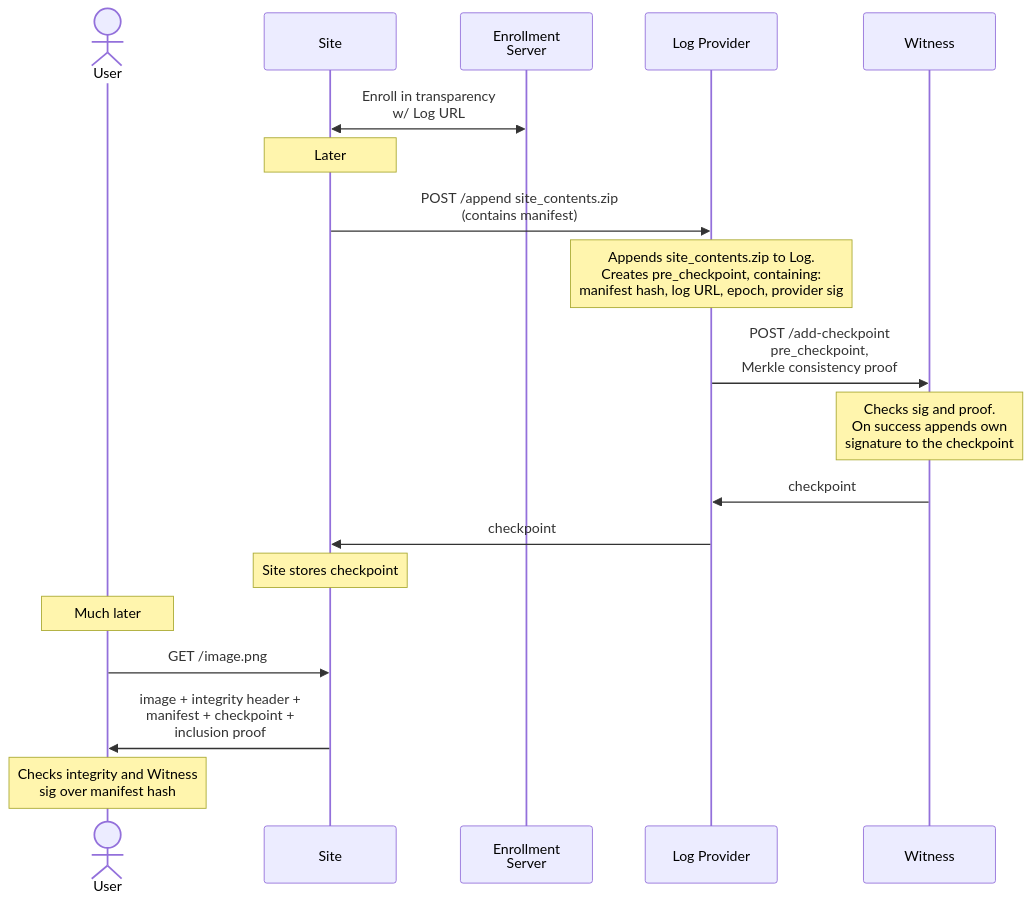
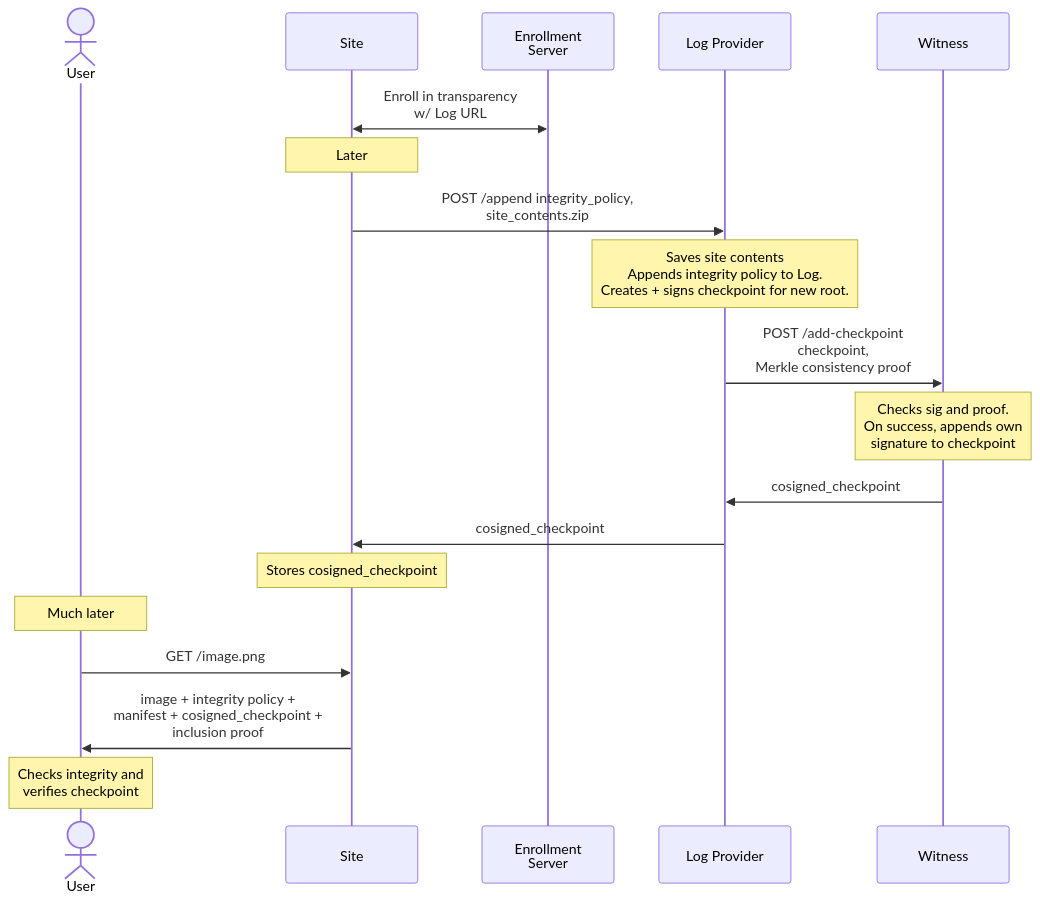
The diagram in draft-waict-transparency.md (rozbb/draft-waict-transparency), drawn with Mermaid before and after one commit. The commit also changed other lines of this file, not shown here.

Commit message:
Made a leaf of the Log tree an integrity policy rather than a manifest/manifest hash

````diff
--- a/draft-waict-transparency.md
+++ b/draft-waict-transparency.md
@@ -27,21 +27,21 @@
 ```mermaid
 sequenceDiagram
   actor U as User
   participant S as Site
   participant E as Enrollment<br/>Server
   participant L as Log Provider
   participant W as Witness
   S<<->>E: Enroll in transparency <br/> w/ Log URL
   note over S: Later
-  S->>L: POST /append  site_contents.zip <br /> (contains manifest)
-  note over L: Appends site_contents.zip to Log. <br/> Creates pre_checkpoint, containing: <br/> manifest hash, log URL, epoch, provider sig
-  L->>W: POST /add-checkpoint <br /> pre_checkpoint, <br/> Merkle consistency proof
-  note over W:  Checks sig and proof. <br /> On success appends own <br/>signature to the checkpoint
-  W->>L: checkpoint
-  L->>S: checkpoint
-  note over S: Site stores checkpoint
+  S->>L: POST /append integrity_policy, <br /> site_contents.zip
+  note over L: Saves site contents <br /> Appends integrity policy to Log. <br/> Creates + signs checkpoint for new root.
+  L->>W: POST /add-checkpoint <br /> checkpoint, <br/> Merkle consistency proof
+  note over W:  Checks sig and proof. <br /> On success, appends own <br/>signature to checkpoint
+  W->>L: cosigned_checkpoint
+  L->>S: cosigned_checkpoint
+  note over S: Stores cosigned_checkpoint
   note over U: Much later
   U->>S: GET /image.png
-  S->>U:image + integrity header + <br /> manifest + checkpoint + <br/> inclusion proof
-  note over U: Checks integrity and Witness <br/> sig over manifest hash
+  S->>U:image + integrity policy + <br /> manifest + cosigned_checkpoint + <br/> inclusion proof
+  note over U: Checks integrity and <br /> verifies checkpoint
 ```
````
